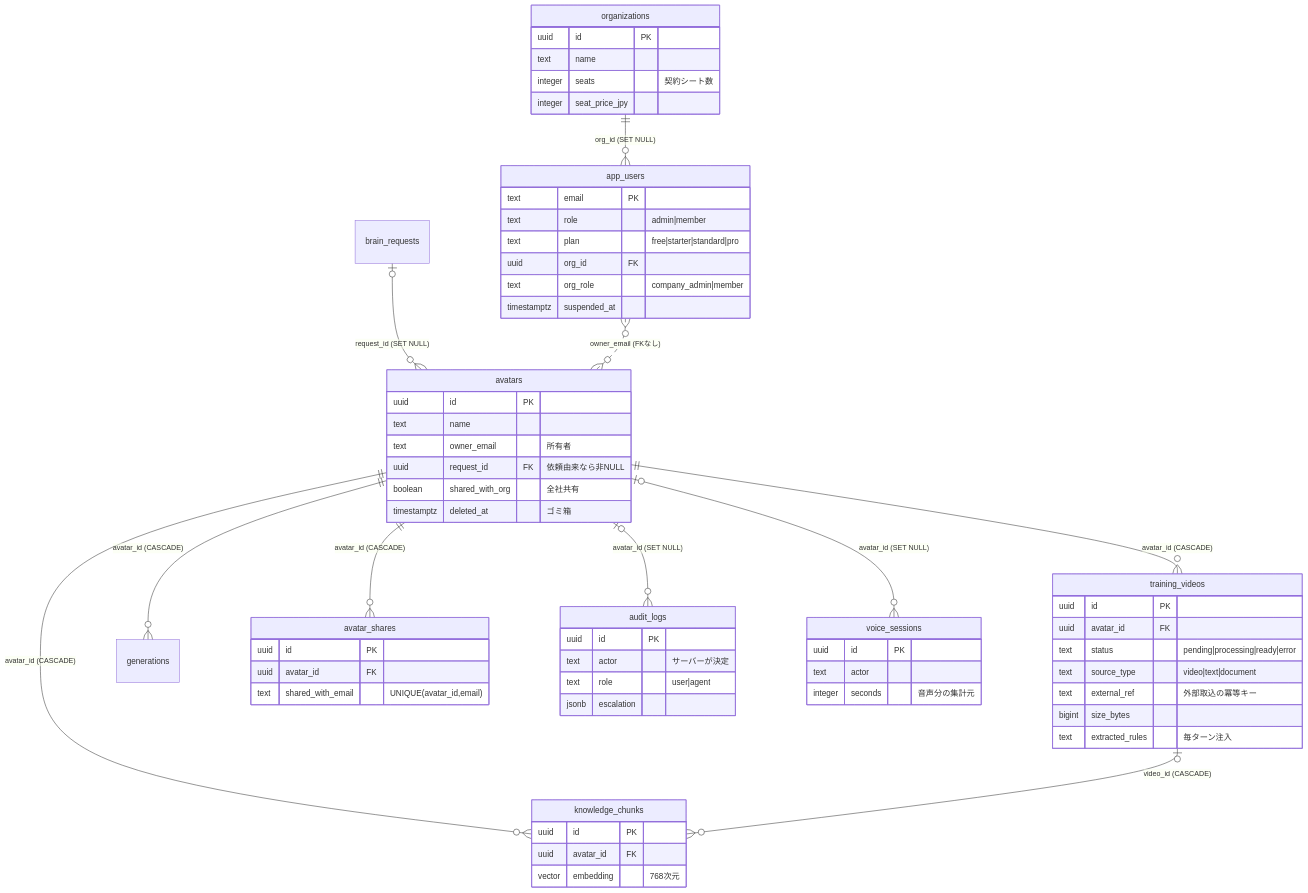
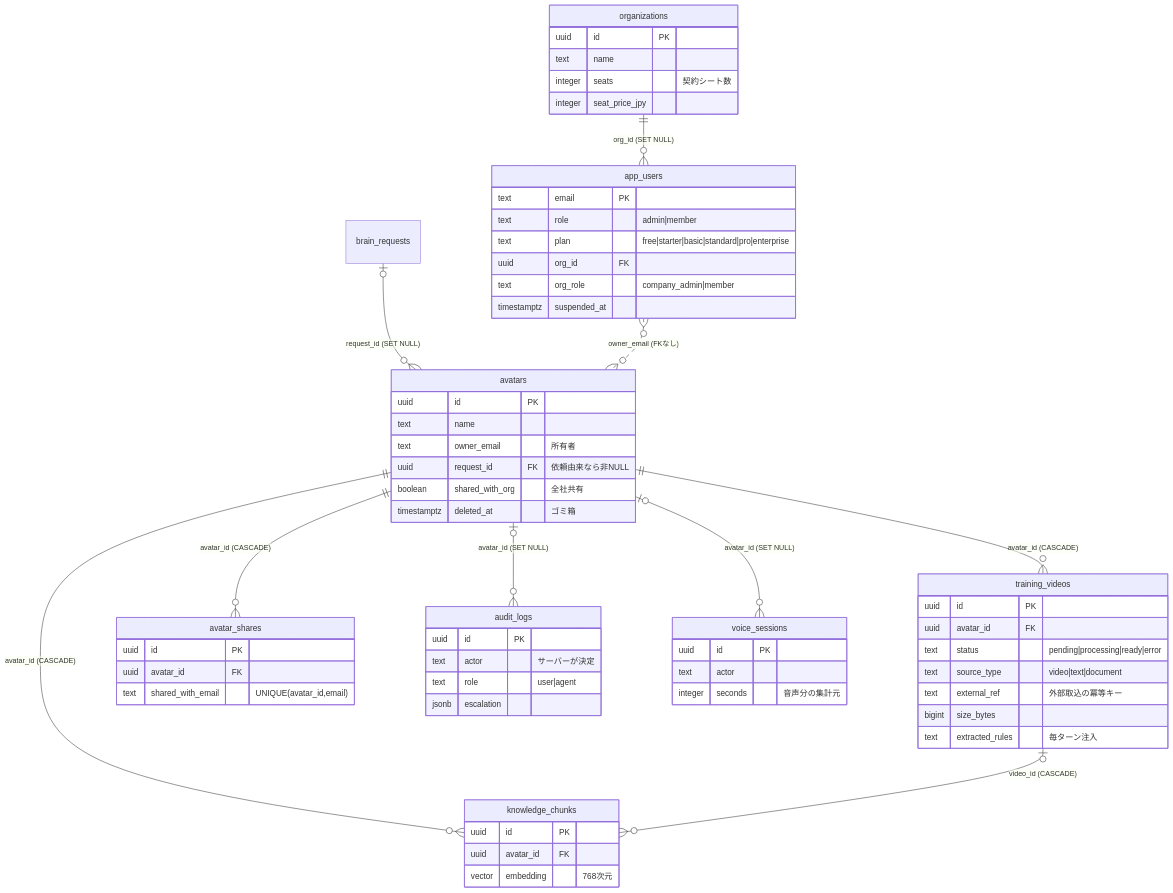
Before and after one commit to shibata1850/companybrain-ai: the fourth of 4 diagrams in docs/要件定義書.md, drawn with Mermaid. The commit also changed other lines of this file and 2 other files, not shown here.

````diff
--- a/docs/要件定義書.md
+++ b/docs/要件定義書.md
@@ -346,66 +351,65 @@
 ```mermaid
 erDiagram
     organizations ||--o{ app_users : "org_id (SET NULL)"
     avatars ||--o{ training_videos  : "avatar_id (CASCADE)"
     avatars ||--o{ knowledge_chunks : "avatar_id (CASCADE)"
-    avatars ||--o{ generations      : "avatar_id (CASCADE)"
     avatars ||--o{ avatar_shares    : "avatar_id (CASCADE)"
     avatars |o--o{ audit_logs       : "avatar_id (SET NULL)"
     avatars |o--o{ voice_sessions   : "avatar_id (SET NULL)"
     training_videos |o--o{ knowledge_chunks : "video_id (CASCADE)"
     brain_requests |o--o{ avatars : "request_id (SET NULL)"
     app_users }o..o{ avatars : "owner_email (FKなし)"
 
     organizations {
         uuid    id PK
         text    name
         integer seats "契約シート数"
         integer seat_price_jpy
     }
     app_users {
         text        email PK
         text        role "admin|member"
-        text        plan "free|starter|standard|pro"
+        text        plan "free|starter|basic|standard|pro|enterprise"
         uuid        org_id FK
         text        org_role "company_admin|member"
         timestamptz suspended_at
     }
     avatars {
         uuid    id PK
         text    name
         text    owner_email "所有者"
         uuid    request_id FK "依頼由来なら非NULL"
         boolean shared_with_org "全社共有"
         timestamptz deleted_at "ゴミ箱"
     }
     training_videos {
         uuid   id PK
         uuid   avatar_id FK
         text   status "pending|processing|ready|error"
         text   source_type "video|text|document"
         text   external_ref "外部取込の冪等キー"
         bigint size_bytes
         text   extracted_rules "毎ターン注入"
     }
     knowledge_chunks {
         uuid   id PK
         uuid   avatar_id FK
         vector embedding "768次元"
     }
     avatar_shares {
         uuid id PK
         uuid avatar_id FK
         text shared_with_email "UNIQUE(avatar_id,email)"
     }
     audit_logs {
         uuid  id PK
         text  actor "サーバーが決定"
         text  role "user|agent"
         jsonb escalation
     }
     voice_sessions {
         uuid    id PK
         text    actor
         integer seconds "音声分の集計元"
     }
 ```
````
